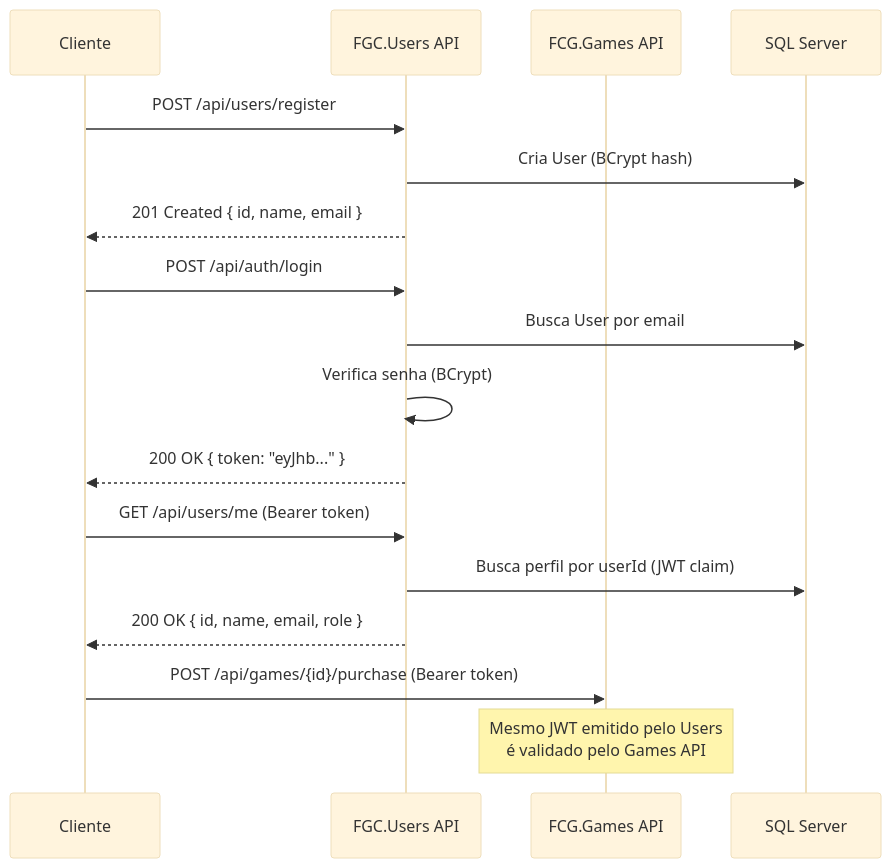
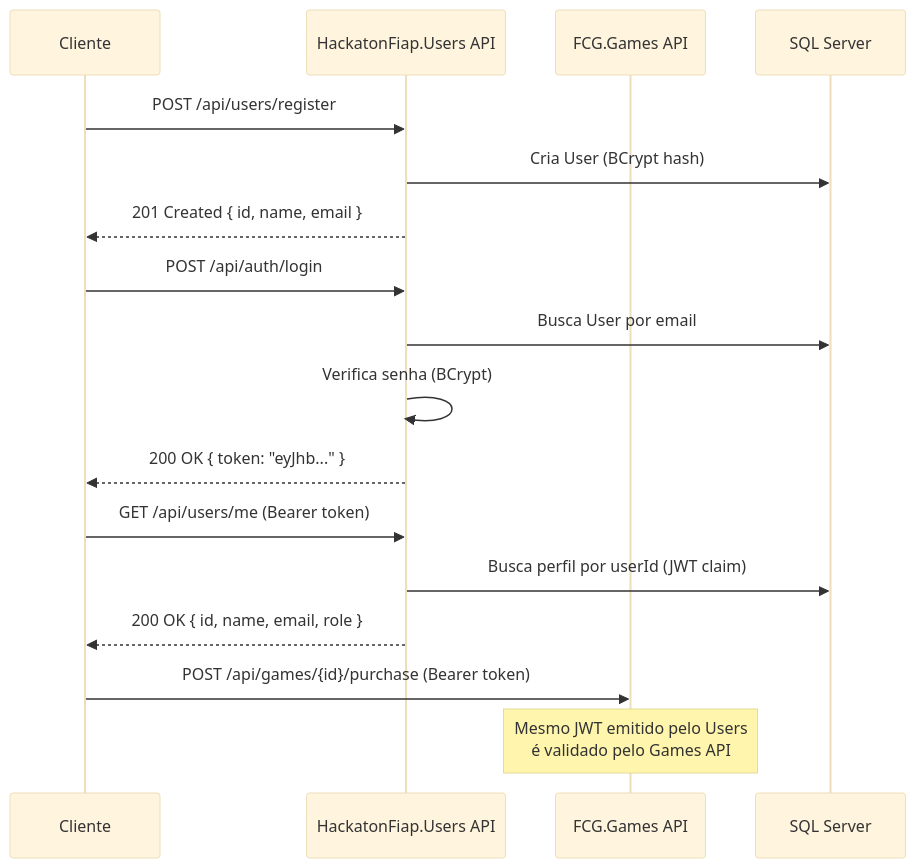
Before and after one commit to GabrielVeridico/hackaton-fiap-users: the second of 3 diagrams in README.md, drawn with Mermaid (base theme). The commit also changed other lines of this file and 128 other files, not shown here.

Commit message:
refactor: renomeia FGC.Users para HackatonFiap.Users

````diff
--- a/README.md
+++ b/README.md
@@ -32,23 +32,23 @@
 ```mermaid
 sequenceDiagram
     participant C as Cliente
-    participant U as FGC.Users API
+    participant U as HackatonFiap.Users API
     participant G as FCG.Games API
     participant DB as SQL Server
 
     C->>U: POST /api/users/register
     U->>DB: Cria User (BCrypt hash)
     U-->>C: 201 Created { id, name, email }
 
     C->>U: POST /api/auth/login
     U->>DB: Busca User por email
     U->>U: Verifica senha (BCrypt)
     U-->>C: 200 OK { token: "eyJhb..." }
 
     C->>U: GET /api/users/me (Bearer token)
     U->>DB: Busca perfil por userId (JWT claim)
     U-->>C: 200 OK { id, name, email, role }
 
     C->>G: POST /api/games/{id}/purchase (Bearer token)
     Note over G: Mesmo JWT emitido pelo Users<br/>é validado pelo Games API
 ```
````
